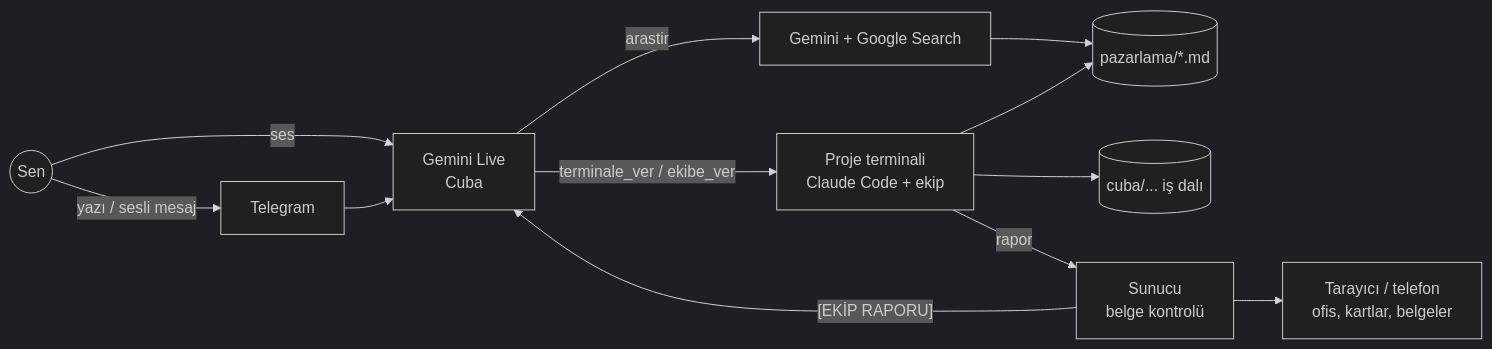
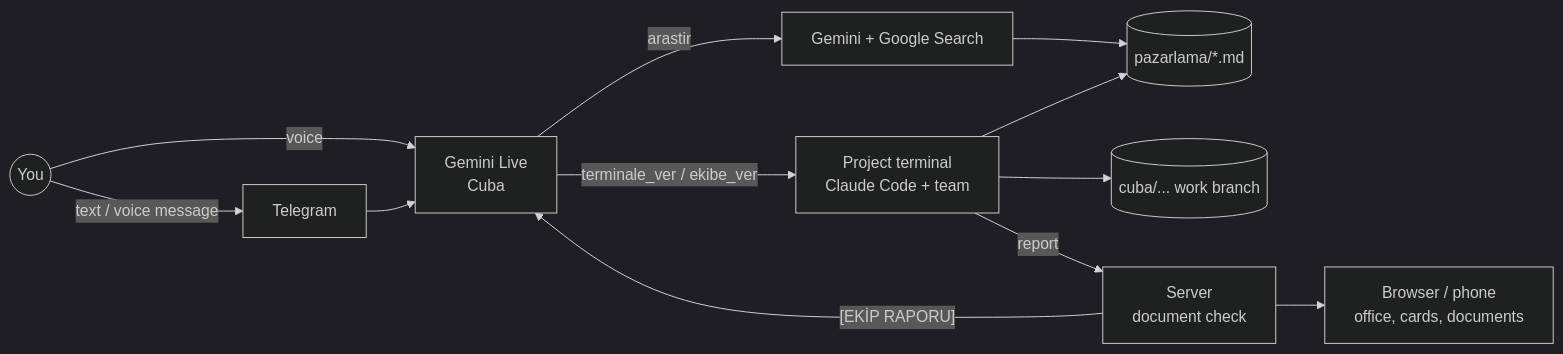
Before and after one commit to caganderindere/Asistan-m: the diagram in README.md, drawn with Mermaid (dark theme). The commit also changed other lines of this file, not shown here.

````diff
--- a/README.md
+++ b/README.md
@@ -68,14 +69,14 @@
 ```mermaid
 flowchart LR
-    Sen((Sen)) -- ses --> Live[Gemini Live<br/>Cuba]
-    Sen -- yazı / sesli mesaj --> TG[Telegram]
+    You((You)) -- voice --> Live[Gemini Live<br/>Cuba]
+    You -- text / voice message --> TG[Telegram]
     TG --> Live
-    Live -- terminale_ver / ekibe_ver --> T1[Proje terminali<br/>Claude Code + ekip]
+    Live -- terminale_ver / ekibe_ver --> T1[Project terminal<br/>Claude Code + team]
     Live -- arastir --> G[Gemini + Google Search]
     G --> D[(pazarlama/*.md)]
     T1 --> D
-    T1 --> W[(cuba/... iş dalı)]
-    T1 -- rapor --> S[Sunucu<br/>belge kontrolü]
+    T1 --> W[(cuba/... work branch)]
+    T1 -- report --> S[Server<br/>document check]
     S -- "[EKİP RAPORU]" --> Live
-    S --> UI[Tarayıcı / telefon<br/>ofis, kartlar, belgeler]
+    S --> UI[Browser / phone<br/>office, cards, documents]
 ```
````
